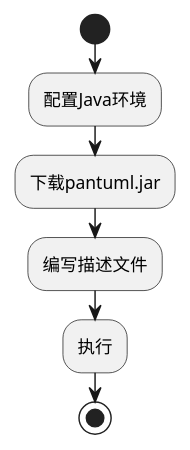
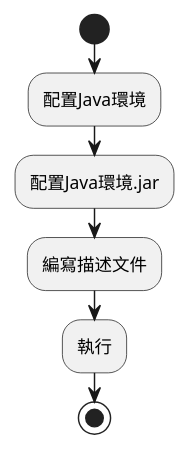
One commit to ttom921/Blog changed the diagram in source/_posts/PlantUML相關.md. Above: the diagram before and after it, drawn with PlantUML. The commit also changed other lines of this file and 1 other file, not shown here.

Commit message:
更新文件

```diff
--- a/source/_posts/PlantUML相關.md
+++ b/source/_posts/PlantUML相關.md
@@ -27,8 +27,8 @@
 {% plantuml %}
 start
-:配置Java环境; 
-:下载pantuml.jar;
-:编写描述文件; 
-:执行; 
+:配置Java環境; 
+:配置Java環境.jar;
+:編寫描述文件; 
+:執行; 
 stop
 {% endplantuml %}
```
